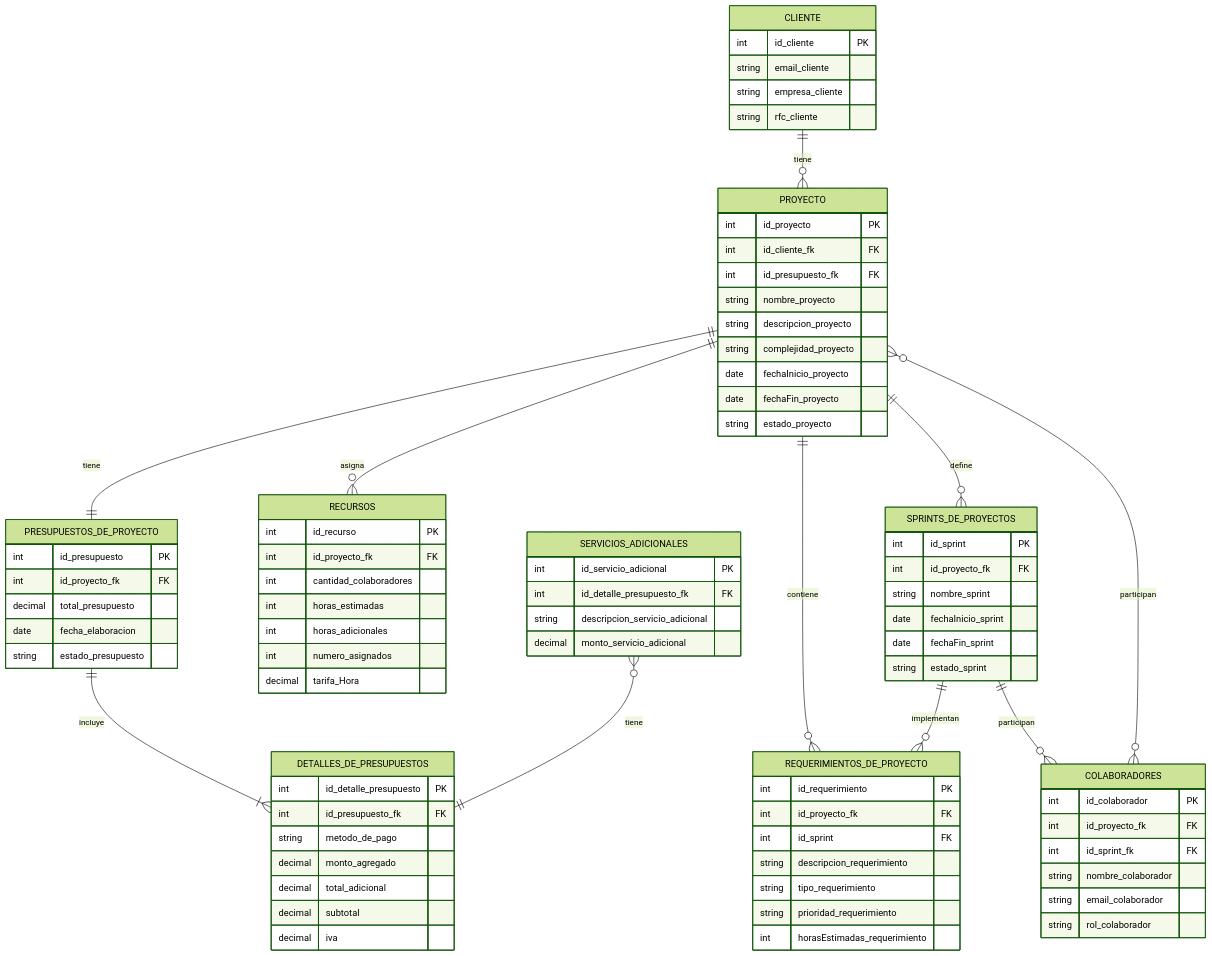
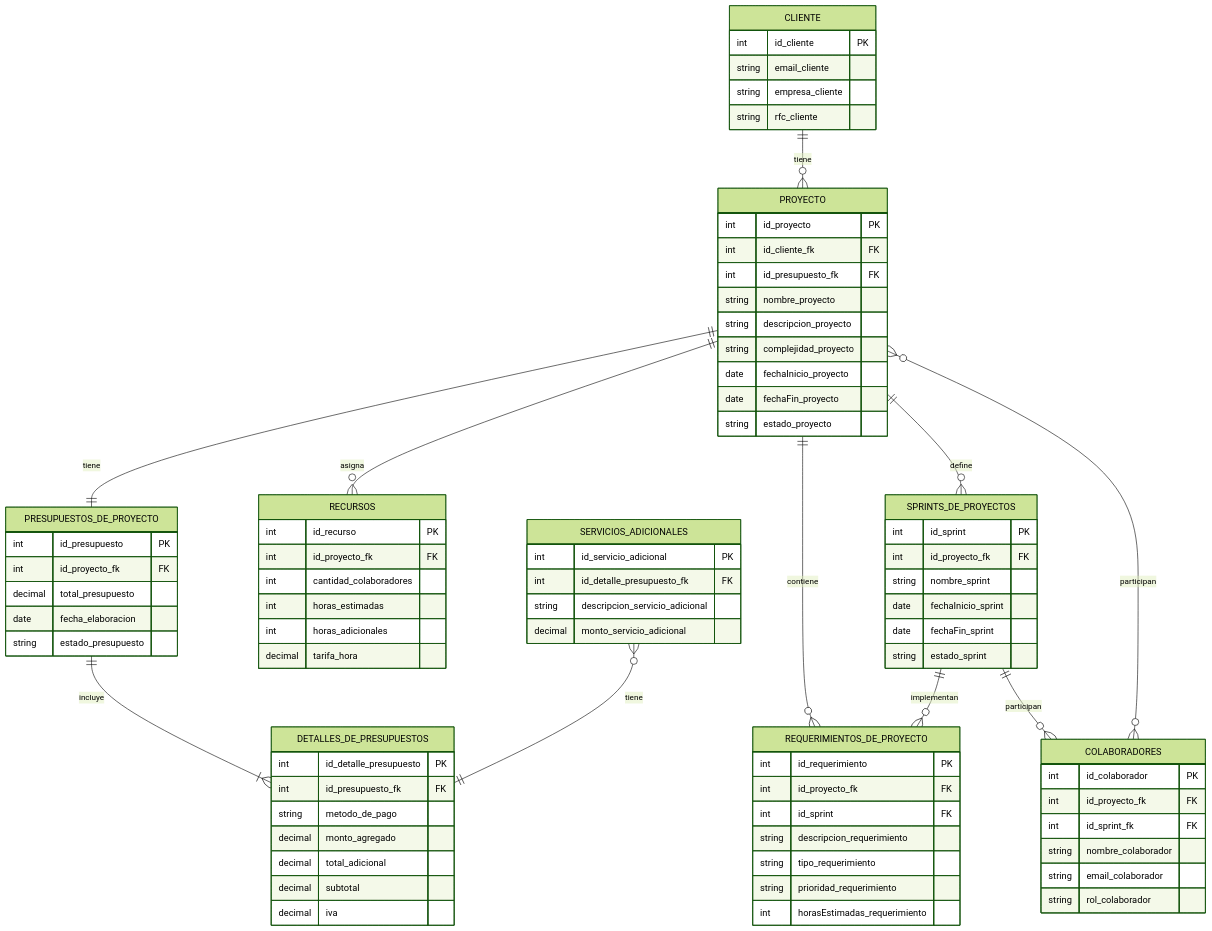
The diagram in src/main/resources/Diagramas/Diagrama ER.mermaid (Pollix27/NGINX-Start_project), drawn with Mermaid (forest theme) before and after one commit.

Commit message:
se actualizo el diagrama Entidad relacion

```diff
--- a/src/main/resources/Diagramas/Diagrama ER.mermaid
+++ b/src/main/resources/Diagramas/Diagrama ER.mermaid
@@ -1,97 +1,96 @@
 erDiagram
     CLIENTE ||--o{ PROYECTO : "tiene"
     PROYECTO ||--|| PRESUPUESTOS_DE_PROYECTO : "tiene"
     PRESUPUESTOS_DE_PROYECTO ||--|{DETALLES_DE_PRESUPUESTOS : "incluye"
     PROYECTO ||--o{ RECURSOS : "asigna"
     PROYECTO ||--o{ SPRINTS_DE_PROYECTOS  : "define"
     PROYECTO ||--o{ REQUERIMIENTOS_DE_PROYECTO : "contiene"
     SPRINTS_DE_PROYECTOS ||--o{REQUERIMIENTOS_DE_PROYECTO : "implementan"
     SPRINTS_DE_PROYECTOS ||--o{COLABORADORES : "participan"
     PROYECTO }o--o{ COLABORADORES : "participan"
     SERVICIOS_ADICIONALES}o--|| DETALLES_DE_PRESUPUESTOS : "tiene"
 
 
 
 
     CLIENTE {
         int id_cliente PK
         string email_cliente
         string empresa_cliente
         string rfc_cliente
     }
 
     PROYECTO {
         int id_proyecto PK
         int id_cliente_fk FK
         int id_presupuesto_fk FK
         string nombre_proyecto
         string descripcion_proyecto
         string complejidad_proyecto
         date fechaInicio_proyecto
         date fechaFin_proyecto
         string estado_proyecto
     }
 
     REQUERIMIENTOS_DE_PROYECTO {
         int id_requerimiento PK
         int id_proyecto_fk FK
         int id_sprint FK
         string descripcion_requerimiento
         string tipo_requerimiento
         string prioridad_requerimiento
         int horasEstimadas_requerimiento
     }
 
     PRESUPUESTOS_DE_PROYECTO {
         int id_presupuesto PK
         int id_proyecto_fk FK
         decimal total_presupuesto
         date fecha_elaboracion
         string estado_presupuesto
     }
 
     DETALLES_DE_PRESUPUESTOS {
         int id_detalle_presupuesto PK
         int id_presupuesto_fk FK
         string metodo_de_pago
         decimal monto_agregado
         decimal total_adicional
         decimal subtotal
         decimal iva
     }
 
     RECURSOS {
         int id_recurso PK
         int id_proyecto_fk FK
         int cantidad_colaboradores
         int horas_estimadas
         int horas_adicionales
-        int numero_asignados
-        decimal tarifa_Hora
+        decimal tarifa_hora
     }
 
     SPRINTS_DE_PROYECTOS {
         int id_sprint PK
         int id_proyecto_fk FK
         string nombre_sprint
         date fechaInicio_sprint
         date fechaFin_sprint
         string estado_sprint
     }
 
     COLABORADORES {
         int id_colaborador PK
         int id_proyecto_fk FK
         int id_sprint_fk FK
         string nombre_colaborador
         string email_colaborador
         string rol_colaborador
     }
 
     SERVICIOS_ADICIONALES{
         int id_servicio_adicional PK
         int id_detalle_presupuesto_fk FK
         string descripcion_servicio_adicional
         decimal monto_servicio_adicional
 
     }
```
